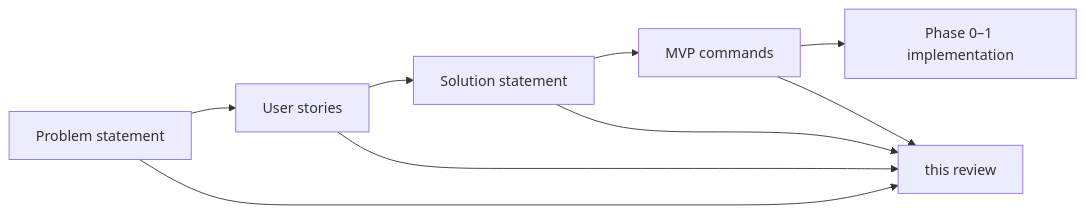
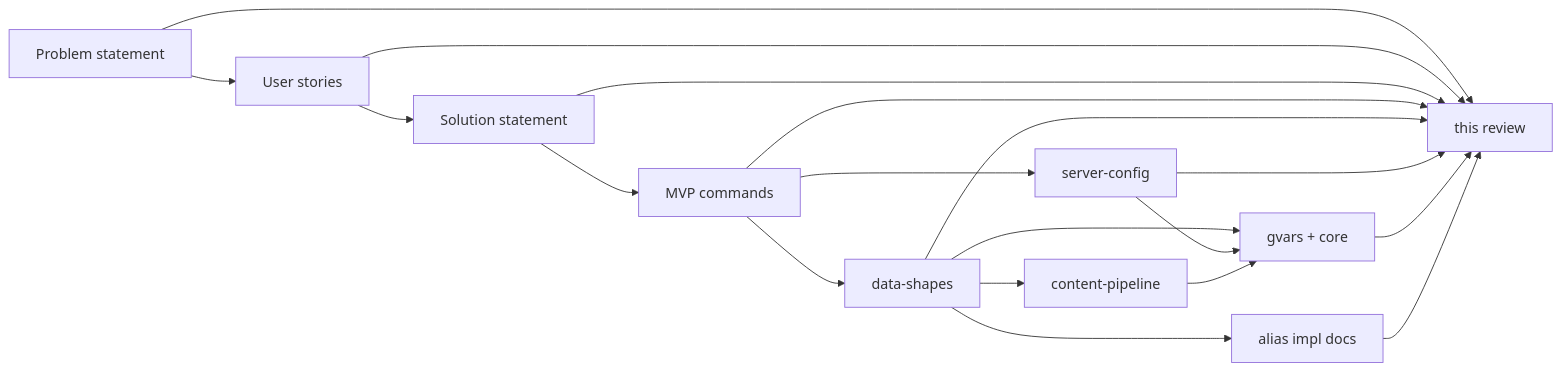
The first of 2 diagrams in docs/internal/projects/westmarch-statement/review.md (Sykander/westmarch-generic), drawn with Mermaid before and after one commit. The commit also changed other lines of this file and 64 other files, not shown here.

````diff
--- a/docs/internal/projects/westmarch-statement/review.md
+++ b/docs/internal/projects/westmarch-statement/review.md
@@ -24,8 +24,14 @@
 ```mermaid
 flowchart LR
   PS[Problem statement] --> US[User stories]
   US --> SS[Solution statement]
   SS --> MVP[MVP commands]
-  MVP --> Code[Phase 0–1 implementation]
-  PS & US & SS & MVP --> Review[this review]
+  MVP --> DS[data-shapes]
+  MVP --> SC[server-config]
+  DS --> Gvars[gvars + core]
+  DS --> Aliases[alias impl docs]
+  DS --> CP[content-pipeline]
+  SC --> Gvars
+  CP --> Gvars
+  PS & US & SS & MVP & DS & SC & Gvars & Aliases --> Review[this review]
 ```
````
